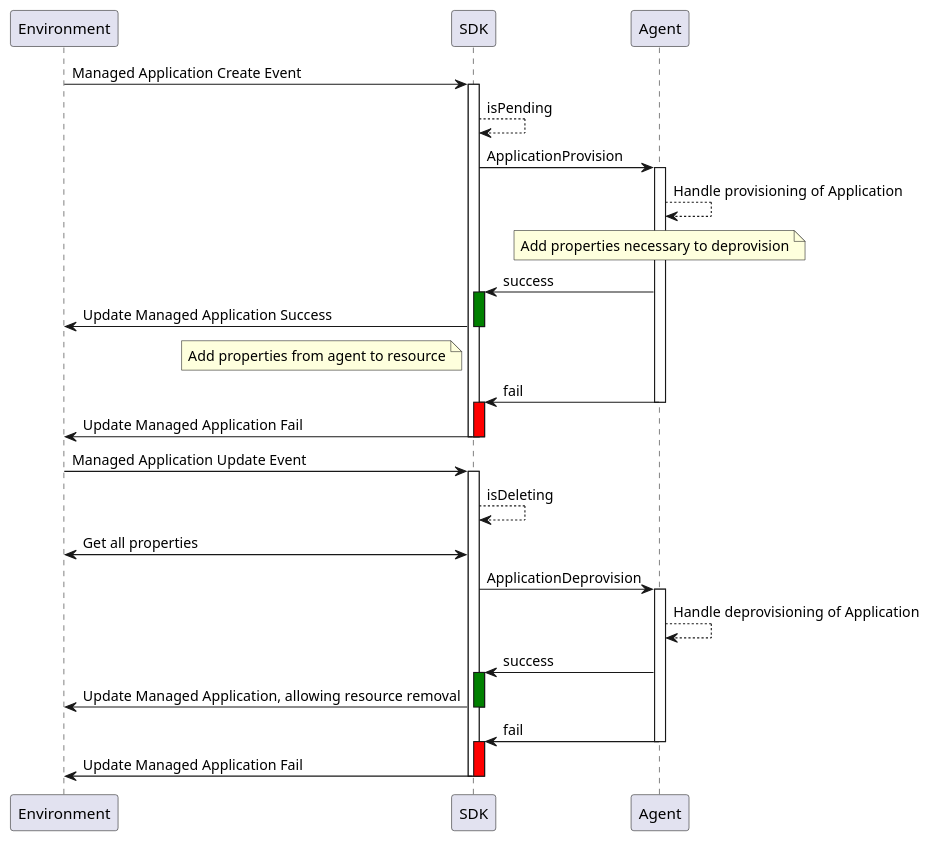
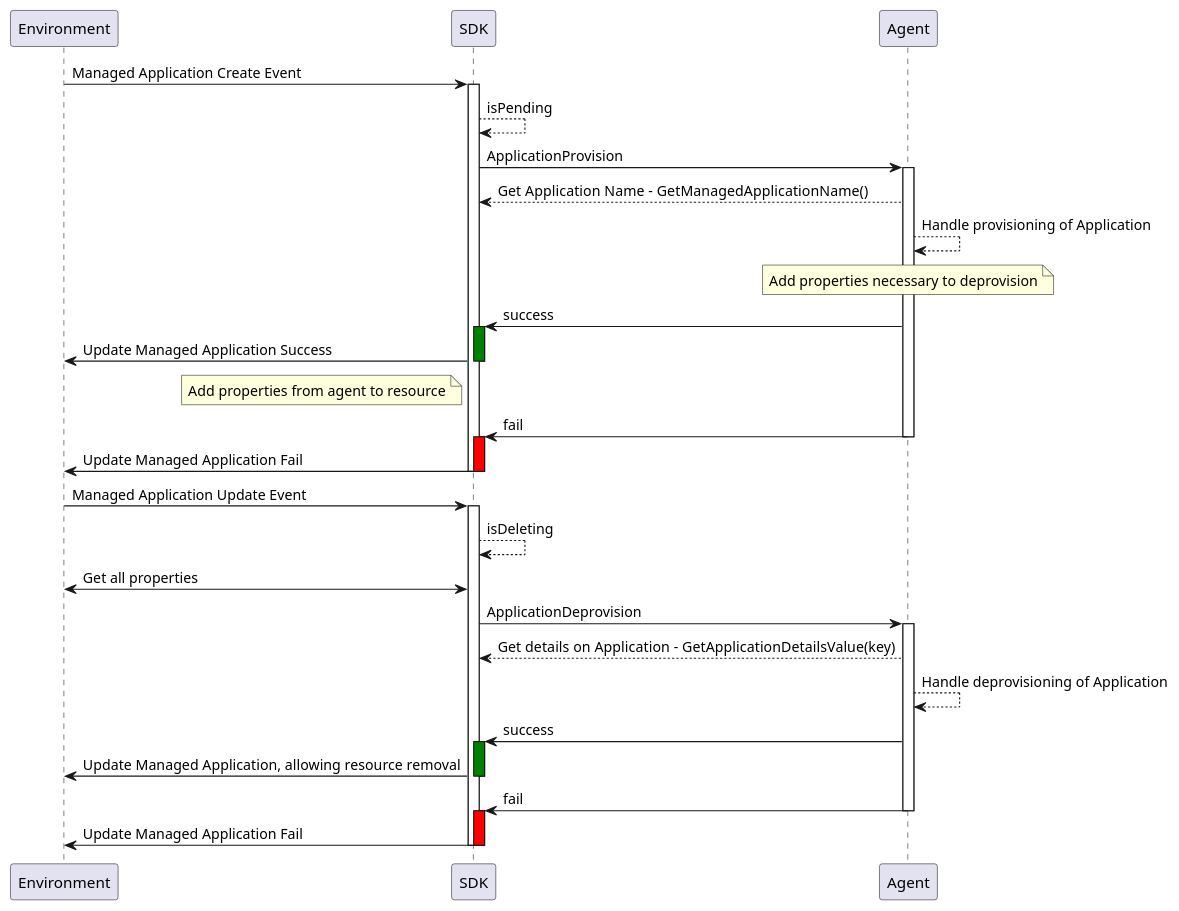
One commit to Axway/agent-sdk changed the diagram in docs/discovery/managedapp.puml. Above: the diagram before and after it, drawn with PlantUML. The commit also changed 6 other files, not shown here.

```diff
--- a/docs/discovery/managedapp.puml
+++ b/docs/discovery/managedapp.puml
@@ -1,60 +1,62 @@
 @startuml
 participant Environment as env
 participant SDK as sdk 
 participant Agent as agent
 
 'Provision Managed App
 
 env -> sdk: Managed Application Create Event
 activate sdk
 sdk --> sdk: isPending
 
 sdk -> agent: ApplicationProvision
 activate agent
 
+agent --> sdk: Get Application Name  - GetManagedApplicationName()
 agent --> agent: Handle provisioning of Application
 
 note over agent: Add properties necessary to deprovision
 agent -> sdk: success
 activate sdk #green
 
 sdk -> env: Update Managed Application Success
 deactivate sdk
 note left sdk: Add properties from agent to resource
 
 agent -> sdk: fail
 deactivate agent
 activate sdk #red
 
 sdk -> env: Update Managed Application Fail
 deactivate sdk
 
 deactivate sdk
 
 'Deprovision Managed App
 
 env -> sdk: Managed Application Update Event
 activate sdk
 sdk --> sdk: isDeleting
 sdk <-> env: Get all properties
 
 sdk -> agent: ApplicationDeprovision
 activate agent
 
+agent --> sdk: Get details on Application  - GetApplicationDetailsValue(key)
 agent --> agent: Handle deprovisioning of Application
 
 agent -> sdk: success
 activate sdk #green
 
 sdk -> env: Update Managed Application, allowing resource removal
 deactivate sdk
 
 agent -> sdk: fail
 deactivate agent
 activate sdk #red
 
 sdk -> env: Update Managed Application Fail
 deactivate sdk
 
 deactivate sdk
 @enduml
```
